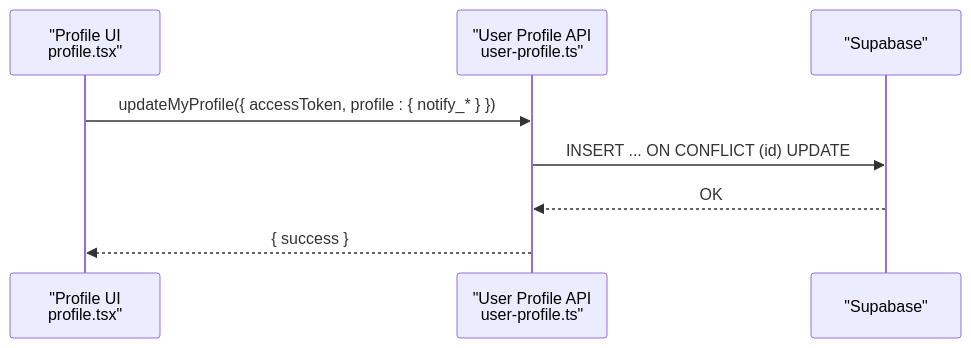
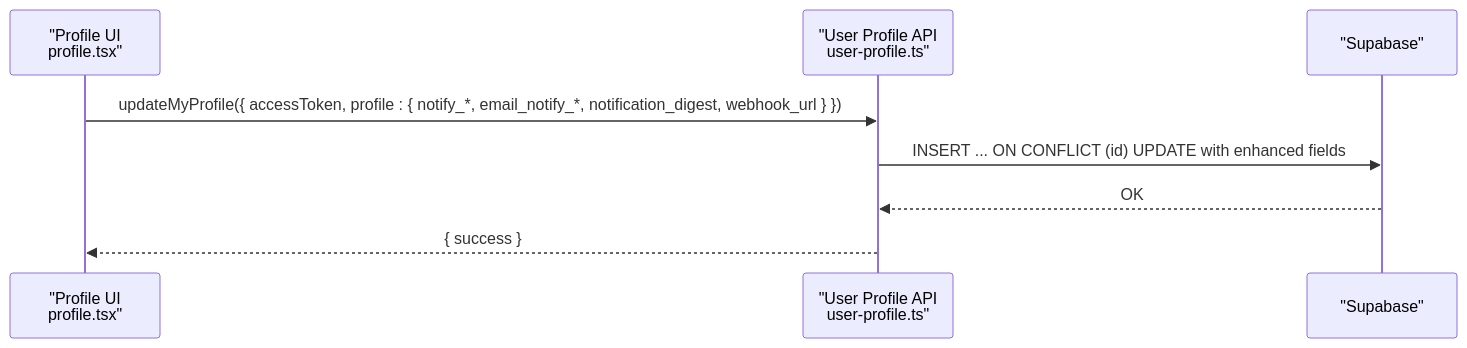
One commit to gastaldellomarco/pcReady changed the fifth of 6 diagrams in .qoder/repowiki/en/content/Real-time Features/Notification System/Notification Preferences.md. Above: the diagram before and after it, drawn with Mermaid. The commit also changed other lines of this file and 8 other files, not shown here.

````diff
--- a/.qoder/repowiki/en/content/Real-time Features/Notification System/Notification Preferences.md
+++ b/.qoder/repowiki/en/content/Real-time Features/Notification System/Notification Preferences.md
@@ -236,10 +279,10 @@
 ```mermaid
 sequenceDiagram
 participant PF as "Profile UI<br/>profile.tsx"
 participant UPF as "User Profile API<br/>user-profile.ts"
 participant DB as "Supabase"
-PF->>UPF : updateMyProfile({ accessToken, profile : { notify_* } })
-UPF->>DB : INSERT ... ON CONFLICT (id) UPDATE
+PF->>UPF : updateMyProfile({ accessToken, profile : { notify_*, email_notify_*, notification_digest, webhook_url } })
+UPF->>DB : INSERT ... ON CONFLICT (id) UPDATE with enhanced fields
 DB-->>UPF : OK
 UPF-->>PF : { success }
 ```
````
